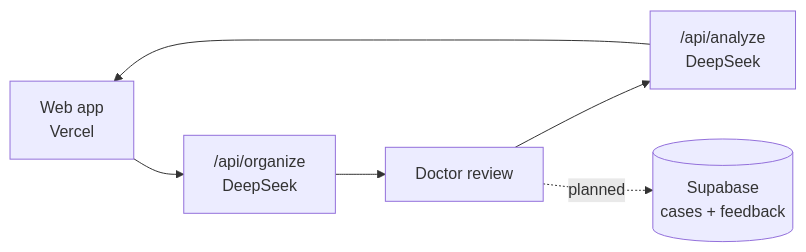
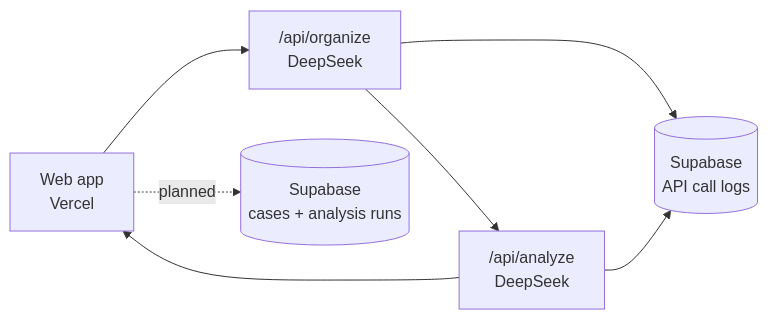
Before and after one commit to chiaweiwoo/tcm-diagnosis: the second of 2 diagrams in README.md, drawn with Mermaid. The commit also changed other lines of this file and 3 other files, not shown here.

````diff
--- a/README.md
+++ b/README.md
@@ -60,8 +83,9 @@
 ```mermaid
 flowchart LR
     FE["Web app\nVercel"] --> ORG["/api/organize\nDeepSeek"]
-    ORG --> REVIEW["Doctor review"]
-    REVIEW --> AN["/api/analyze\nDeepSeek"]
+    ORG --> AN["/api/analyze\nDeepSeek"]
     AN --> FE
-    REVIEW -. "planned" .-> DB[("Supabase\ncases + feedback")]
+    ORG --> LOG[("Supabase\nAPI call logs")]
+    AN --> LOG
+    FE -. "planned" .-> CASES[("Supabase\ncases + analysis runs")]
 ```
````
